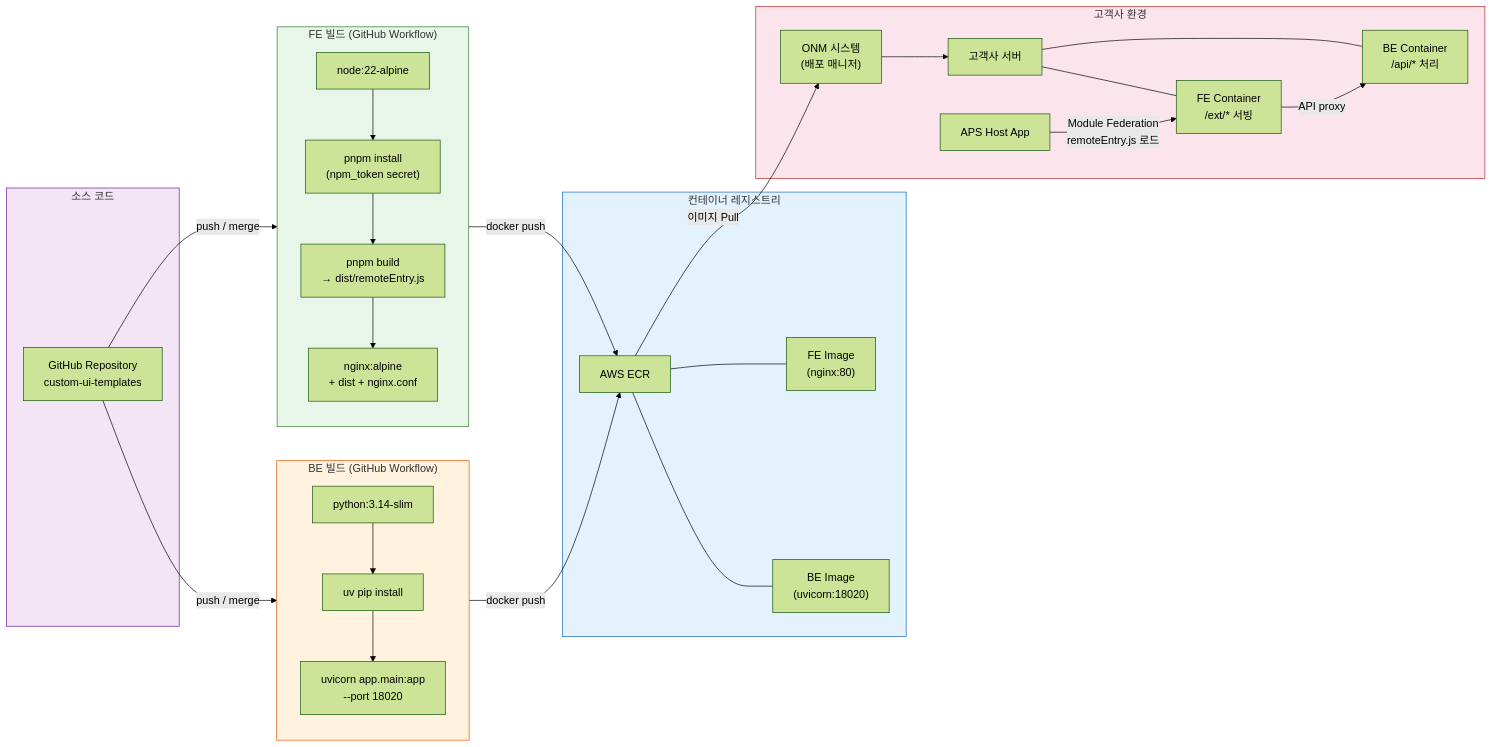
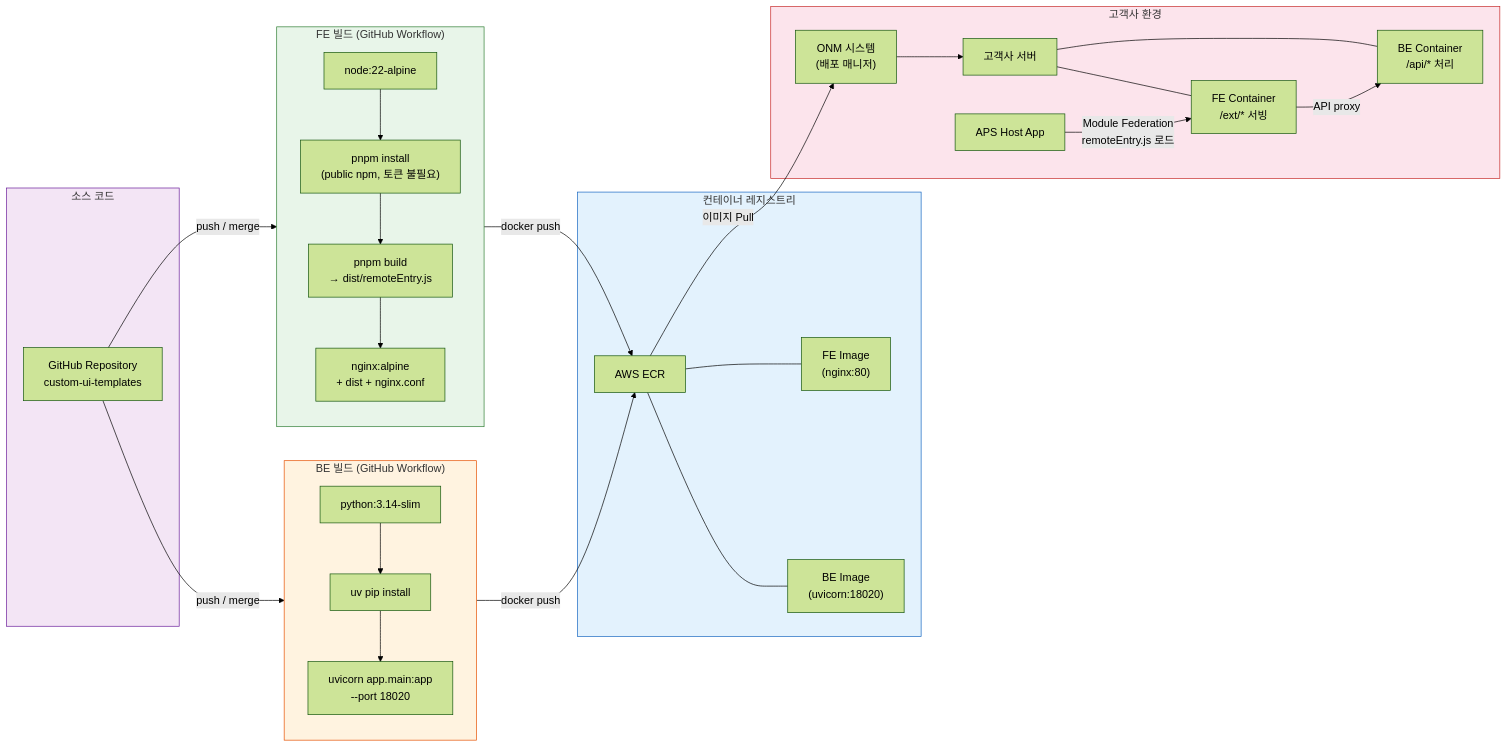
Before and after one commit to vmscloud/custom-ui-templates: the fourth of 5 diagrams in docs/ARCHITECTURE_DIAGRAM.md, drawn with Mermaid (forest theme). The commit also changed other lines of this file and 90 other files, not shown here.

First line of the commit message:
Feat: UI 패키지를 public npm 신규 트랙으로 전환하고 Wijmo 제거 [ITSM-2026-123123]

````diff
--- a/docs/ARCHITECTURE_DIAGRAM.md
+++ b/docs/ARCHITECTURE_DIAGRAM.md
@@ -160,55 +159,55 @@
 ```mermaid
 flowchart LR
     subgraph SOURCE["소스 코드"]
         GIT["GitHub Repository<br/>custom-ui-templates"]
     end
 
     subgraph BUILD_FE["FE 빌드 (GitHub Workflow)"]
         FE1["node:22-alpine"]
-        FE2["pnpm install<br/>(npm_token secret)"]
+        FE2["pnpm install<br/>(public npm, 토큰 불필요)"]
         FE3["pnpm build<br/>→ dist/remoteEntry.js"]
         FE4["nginx:alpine<br/>+ dist + nginx.conf"]
         FE1 --> FE2 --> FE3 --> FE4
     end
 
     subgraph BUILD_BE["BE 빌드 (GitHub Workflow)"]
         BE1["python:3.14-slim"]
         BE2["uv pip install"]
         BE3["uvicorn app.main:app<br/>--port 18020"]
         BE1 --> BE2 --> BE3
     end
 
     subgraph REGISTRY["컨테이너 레지스트리"]
         ECR["AWS ECR"]
         IMG_FE["FE Image<br/>(nginx:80)"]
         IMG_BE["BE Image<br/>(uvicorn:18020)"]
         ECR --- IMG_FE
         ECR --- IMG_BE
     end
 
     subgraph CUSTOMER["고객사 환경"]
         ONM["ONM 시스템<br/>(배포 매니저)"]
         SRV["고객사 서버"]
         FE_CON["FE Container<br/>/ext/* 서빙"]
         BE_CON["BE Container<br/>/api/* 처리"]
         APS["APS Host App"]
 
         ONM --> SRV
         SRV --- FE_CON
         SRV --- BE_CON
         APS -->|"Module Federation<br/>remoteEntry.js 로드"| FE_CON
         FE_CON -->|"API proxy"| BE_CON
     end
 
     GIT -->|"push / merge"| BUILD_FE
     GIT -->|"push / merge"| BUILD_BE
     BUILD_FE -->|"docker push"| ECR
     BUILD_BE -->|"docker push"| ECR
     ECR -->|"이미지 Pull"| ONM
 
     style SOURCE fill:#f3e5f5,stroke:#6a1b9a
     style BUILD_FE fill:#e8f5e9,stroke:#2e7d32
     style BUILD_BE fill:#fff3e0,stroke:#e65100
     style REGISTRY fill:#e3f2fd,stroke:#1565c0
     style CUSTOMER fill:#fce4ec,stroke:#c62828
 ```
````
